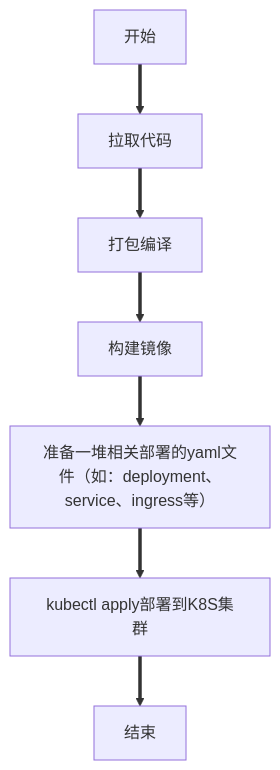
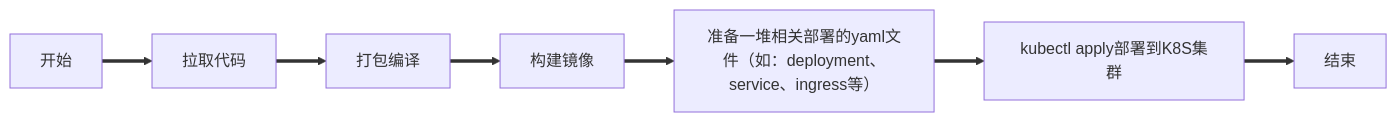
One commit to Rushing0711/cogniverse changed the diagram in docs/devops/new/Helm/01-第1章 helm介绍、组件、安装和目录结构.md. Above: the diagram before and after it, drawn with Mermaid. The commit also changed other lines of this file and 6 other files, not shown here.

````diff
--- a/docs/devops/new/Helm/01-第1章 helm介绍、组件、安装和目录结构.md
+++ b/docs/devops/new/Helm/01-第1章 helm介绍、组件、安装和目录结构.md
@@ -13,9 +13,9 @@
 ```mermaid
-graph TD
+graph LR
   Start[开始] ==> A
 	A[拉取代码] ==> B[打包编译]
 	B ==> C[构建镜像]
 	C ==> D[准备一堆相关部署的yaml文件（如：deployment、service、ingress等）]
 	D ==> E[kubectl apply部署到K8S集群]
 	E ==> End[结束]
 ```
````
